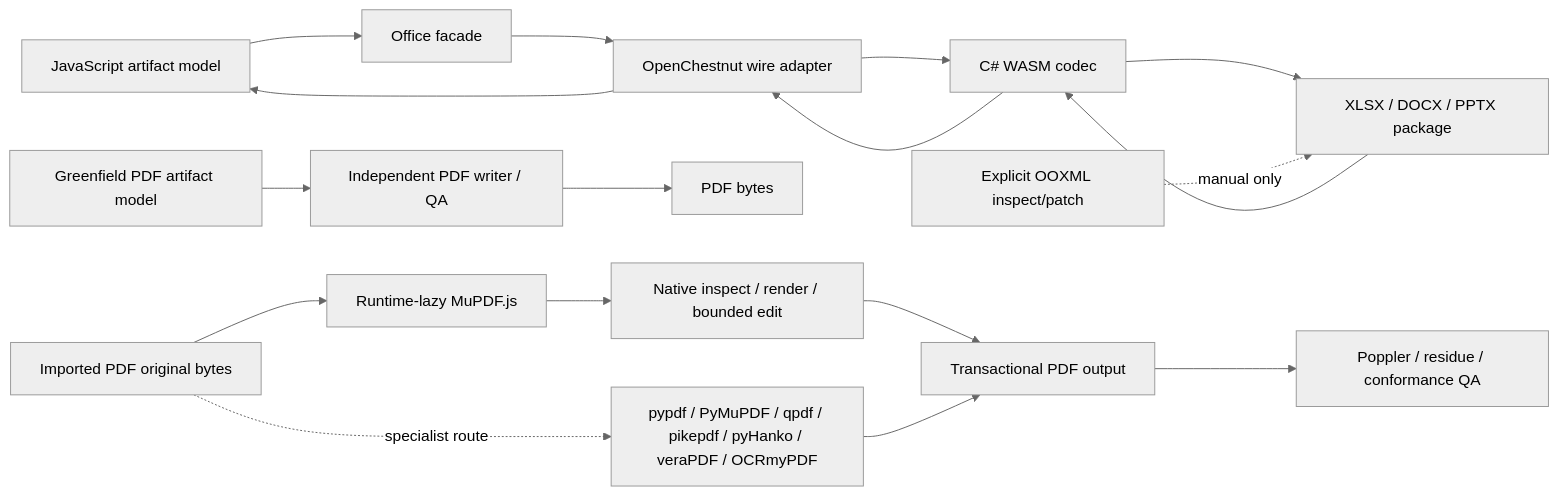
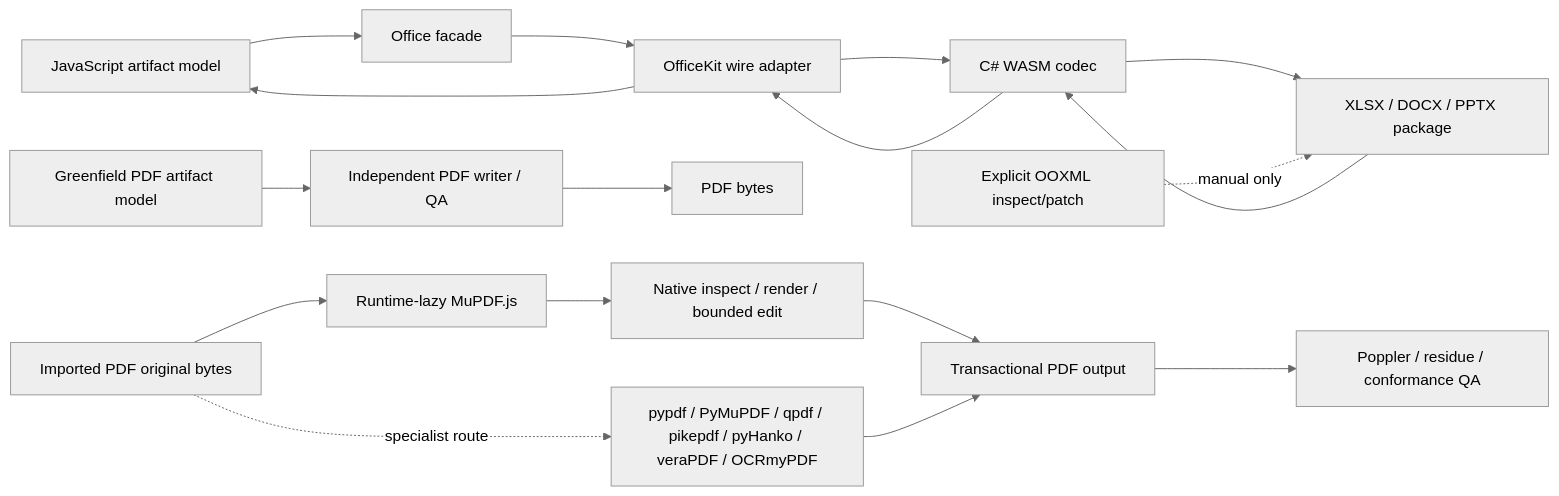
The diagram in docs/reference-runtime-architecture.md (w31r4/OfficeKit), drawn with Mermaid (neutral theme) before and after one commit. The commit also changed other lines of this file and 699 other files, not shown here.

First line of the commit message:
refactor: rename project to OfficeKit

````diff
--- a/docs/reference-runtime-architecture.md
+++ b/docs/reference-runtime-architecture.md
@@ -12,21 +12,21 @@
 ```mermaid
 flowchart LR
   A["JavaScript artifact model"] --> B["Office facade"]
-  B --> C["OpenChestnut wire adapter"]
+  B --> C["OfficeKit wire adapter"]
   C --> D["C# WASM codec"]
   D --> E["XLSX / DOCX / PPTX package"]
   E --> D
   D --> C
   C --> A
 
   P["Greenfield PDF artifact model"] --> Q["Independent PDF writer / QA"]
   Q --> R["PDF bytes"]
   S["Imported PDF original bytes"] --> T["Runtime-lazy MuPDF.js"]
   T --> U["Native inspect / render / bounded edit"]
   S -. "specialist route" .-> X["pypdf / PyMuPDF / qpdf / pikepdf / pyHanko / veraPDF / OCRmyPDF"]
   U --> V["Transactional PDF output"]
   X --> V
   V --> W["Poppler / residue / conformance QA"]
 
   I["Explicit OOXML inspect/patch"] -. "manual only" .-> E
 ```
````
